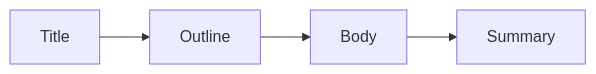
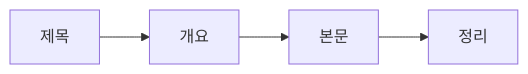
The diagram in content/technical-writing-101/ko/03-title-and-structure.md (yeongseon-books/book-content), drawn with Mermaid before and after one commit. The commit also changed other lines of this file and 7 other files, not shown here.

````diff
--- a/content/technical-writing-101/ko/03-title-and-structure.md
+++ b/content/technical-writing-101/ko/03-title-and-structure.md
@@ -33,6 +50,6 @@
 ```mermaid
 flowchart LR
-    T[Title] --> O[Outline]
-    O --> B[Body]
-    B --> S[Summary]
+    T[제목] --> O[개요]
+    O --> B[본문]
+    B --> S[정리]
 ```
````
